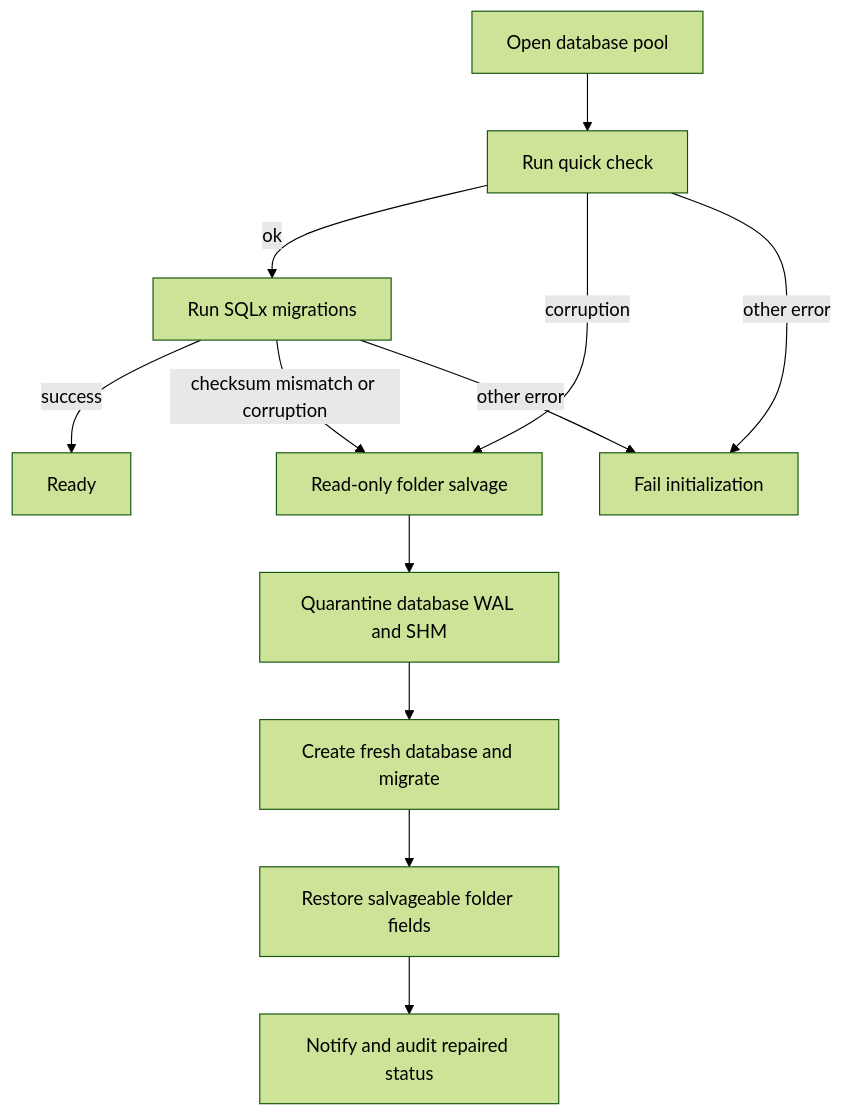
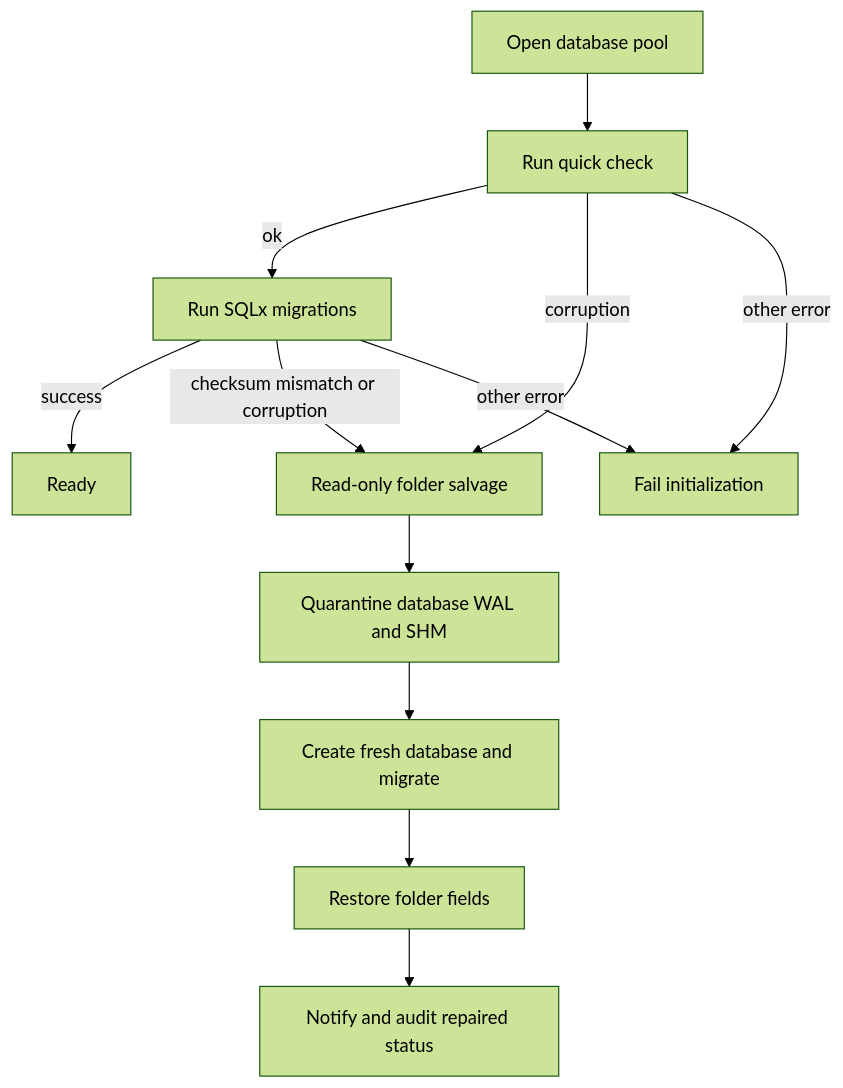
Before and after one commit to xXRoxXeRXx/lymic: the third of 3 diagrams in openwiki/data/local-state.md, drawn with Mermaid (forest theme). The commit also changed other lines of this file and 21 other files, not shown here.

````diff
--- a/openwiki/data/local-state.md
+++ b/openwiki/data/local-state.md
@@ -147,14 +160,14 @@
 ```mermaid
 flowchart TD
     Begin["Open database pool"] --> Check["Run quick check"]
     Check -->|ok| Migrate["Run SQLx migrations"]
     Migrate -->|success| Ready["Ready"]
     Check -->|corruption| Salvage["Read-only folder salvage"]
     Migrate -->|checksum mismatch or corruption| Salvage
     Salvage --> Quarantine["Quarantine database WAL and SHM"]
     Quarantine --> Fresh["Create fresh database and migrate"]
-    Fresh --> Restore["Restore salvageable folder fields"]
+    Fresh --> Restore["Restore folder fields"]
     Restore --> Repaired["Notify and audit repaired status"]
-    Check -->|other error| Failed["Fail initialization"]
-    Migrate -->|other error| Failed
+    Check -->|other error| InitFailed["Fail initialization"]
+    Migrate -->|other error| InitFailed
 ```
````
